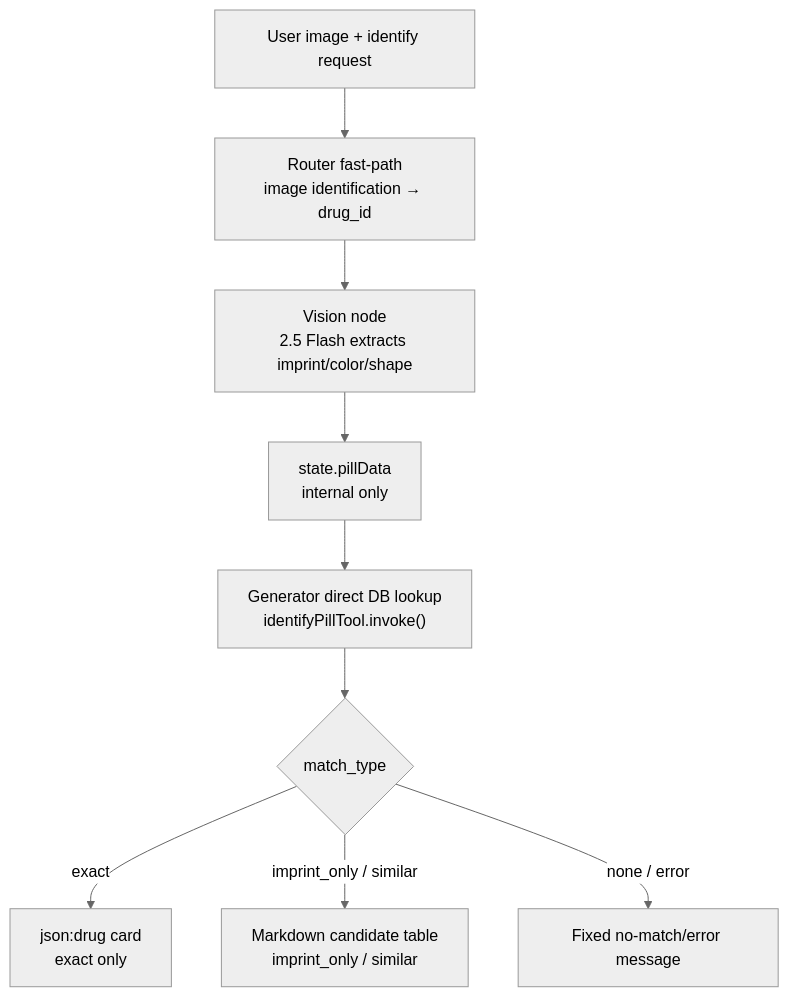
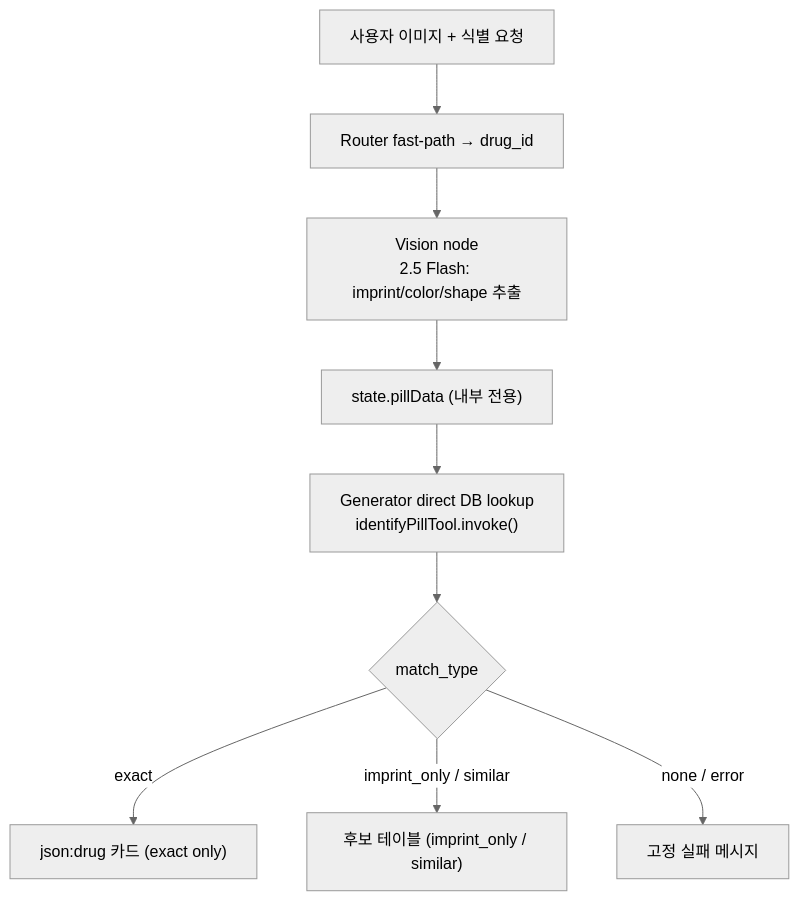
One commit to jpjp92/chat-agent changed the fourth of 5 diagrams in docs/guide/REF_Architecture.md. Above: the diagram before and after it, drawn with Mermaid (neutral theme). The commit also changed other lines of this file and 5 other files, not shown here.

````diff
--- a/docs/guide/REF_Architecture.md
+++ b/docs/guide/REF_Architecture.md
@@ -99,17 +121,17 @@
 ```mermaid
 flowchart TB
-    Input["User image + identify request"]
-    Router["Router fast-path\nimage identification → drug_id"]
-    Vision["Vision node\n2.5 Flash extracts imprint/color/shape"]
-    State["state.pillData\ninternal only"]
+    Input["사용자 이미지 + 식별 요청"]
+    Router["Router fast-path → drug_id"]
+    Vision["Vision node\n2.5 Flash: imprint/color/shape 추출"]
+    State["state.pillData (내부 전용)"]
     Lookup["Generator direct DB lookup\nidentifyPillTool.invoke()"]
-    Exact{"match_type"}
-    Card["json:drug card\nexact only"]
-    Table["Markdown candidate table\nimprint_only / similar"]
-    Fail["Fixed no-match/error message"]
+    Match{"match_type"}
+    Card["json:drug 카드 (exact only)"]
+    Table["후보 테이블 (imprint_only / similar)"]
+    Fail["고정 실패 메시지"]
 
-    Input --> Router --> Vision --> State --> Lookup --> Exact
-    Exact -- "exact" --> Card
-    Exact -- "imprint_only / similar" --> Table
-    Exact -- "none / error" --> Fail
+    Input --> Router --> Vision --> State --> Lookup --> Match
+    Match -- "exact" --> Card
+    Match -- "imprint_only / similar" --> Table
+    Match -- "none / error" --> Fail
 ```
````
